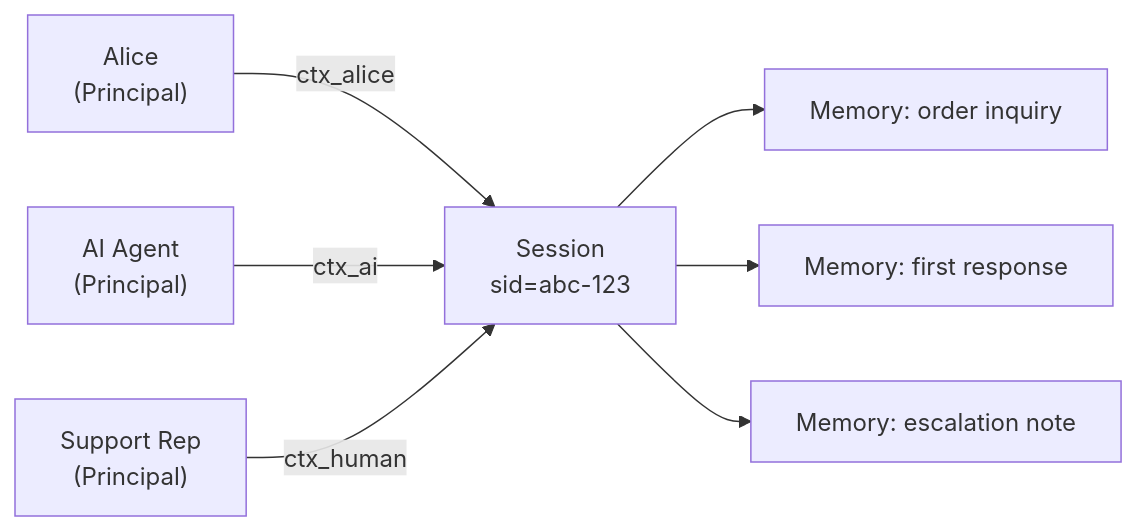
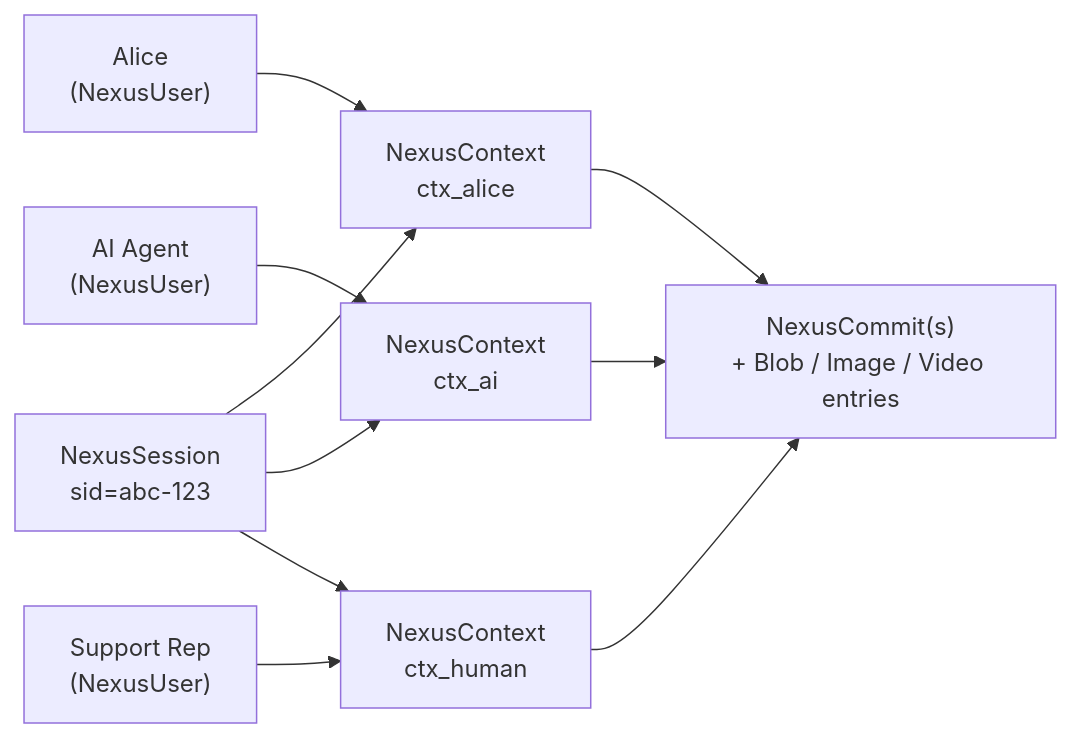
The third of 3 diagrams in docs/concepts.md (aperture-data/aperture-nexus), drawn with Mermaid before and after one commit. The commit also changed 5 other files, not shown here.

````diff
--- a/docs/concepts.md
+++ b/docs/concepts.md
@@ -260,17 +260,21 @@
 ```mermaid
 graph LR
-    Alice["Alice\n(Principal)"]
-    AI["AI Agent\n(Principal)"]
-    Human["Support Rep\n(Principal)"]
-    S["Session\nsid=abc-123"]
-    M1["Memory: order inquiry"]
-    M2["Memory: first response"]
-    M3["Memory: escalation note"]
+    Alice["Alice\n(NexusUser)"]
+    AI["AI Agent\n(NexusUser)"]
+    Human["Support Rep\n(NexusUser)"]
+    S["NexusSession\nsid=abc-123"]
+    CtxA["NexusContext\nctx_alice"]
+    CtxAI["NexusContext\nctx_ai"]
+    CtxH["NexusContext\nctx_human"]
+    Commit["NexusCommit(s)\n+ Blob / Image / Video entries"]
 
-    Alice  -->|"ctx_alice"| S
-    AI     -->|"ctx_ai"| S
-    Human  -->|"ctx_human"| S
-    S --> M1
-    S --> M2
-    S --> M3
+    Alice --> CtxA
+    AI    --> CtxAI
+    Human --> CtxH
+    S --> CtxA
+    S --> CtxAI
+    S --> CtxH
+    CtxA  --> Commit
+    CtxAI --> Commit
+    CtxH  --> Commit
 ```
````
